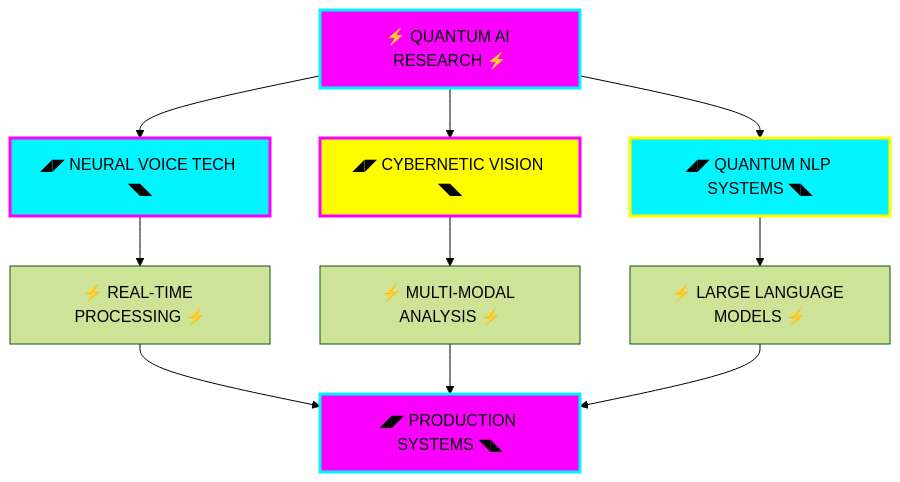
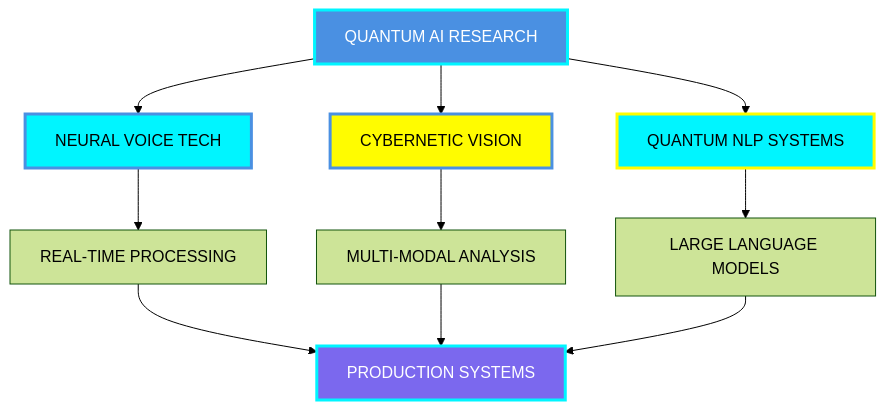
One commit to yoonjae26/yoonjae26 changed the diagram in README.md. Above: the diagram before and after it, drawn with Mermaid (forest theme).

Commit message:
design: Update mermaid diagram - remove symbols and change colors for better visibility

````diff
--- a/README.md
+++ b/README.md
@@ -254,18 +254,18 @@
 ```mermaid
 graph TD
-    A[⚡ QUANTUM AI RESEARCH ⚡] --> B[◢◤ NEURAL VOICE TECH ◥◣]
-    A --> C[◢◤ CYBERNETIC VISION ◥◣]
-    A --> D[◢◤ QUANTUM NLP SYSTEMS ◥◣]
-    B --> E[⚡ REAL-TIME PROCESSING ⚡]
-    C --> F[⚡ MULTI-MODAL ANALYSIS ⚡]
-    D --> G[⚡ LARGE LANGUAGE MODELS ⚡]
-    E --> H[◢◤ PRODUCTION SYSTEMS ◥◣]
+    A[QUANTUM AI RESEARCH] --> B[NEURAL VOICE TECH]
+    A --> C[CYBERNETIC VISION]
+    A --> D[QUANTUM NLP SYSTEMS]
+    B --> E[REAL-TIME PROCESSING]
+    C --> F[MULTI-MODAL ANALYSIS]
+    D --> G[LARGE LANGUAGE MODELS]
+    E --> H[PRODUCTION SYSTEMS]
     F --> H
     G --> H
     
-    style A fill:#fc00ff,stroke:#00f5ff,stroke-width:3px,color:#000000
-    style B fill:#00f5ff,stroke:#fc00ff,stroke-width:3px,color:#000000
-    style C fill:#fffc00,stroke:#fc00ff,stroke-width:3px,color:#000000
+    style A fill:#4a90e2,stroke:#00f5ff,stroke-width:3px,color:#ffffff
+    style B fill:#00f5ff,stroke:#4a90e2,stroke-width:3px,color:#000000
+    style C fill:#fffc00,stroke:#4a90e2,stroke-width:3px,color:#000000
     style D fill:#00f5ff,stroke:#fffc00,stroke-width:3px,color:#000000
-    style H fill:#fc00ff,stroke:#00f5ff,stroke-width:3px,color:#000000
+    style H fill:#7b68ee,stroke:#00f5ff,stroke-width:3px,color:#ffffff
 ```
````
